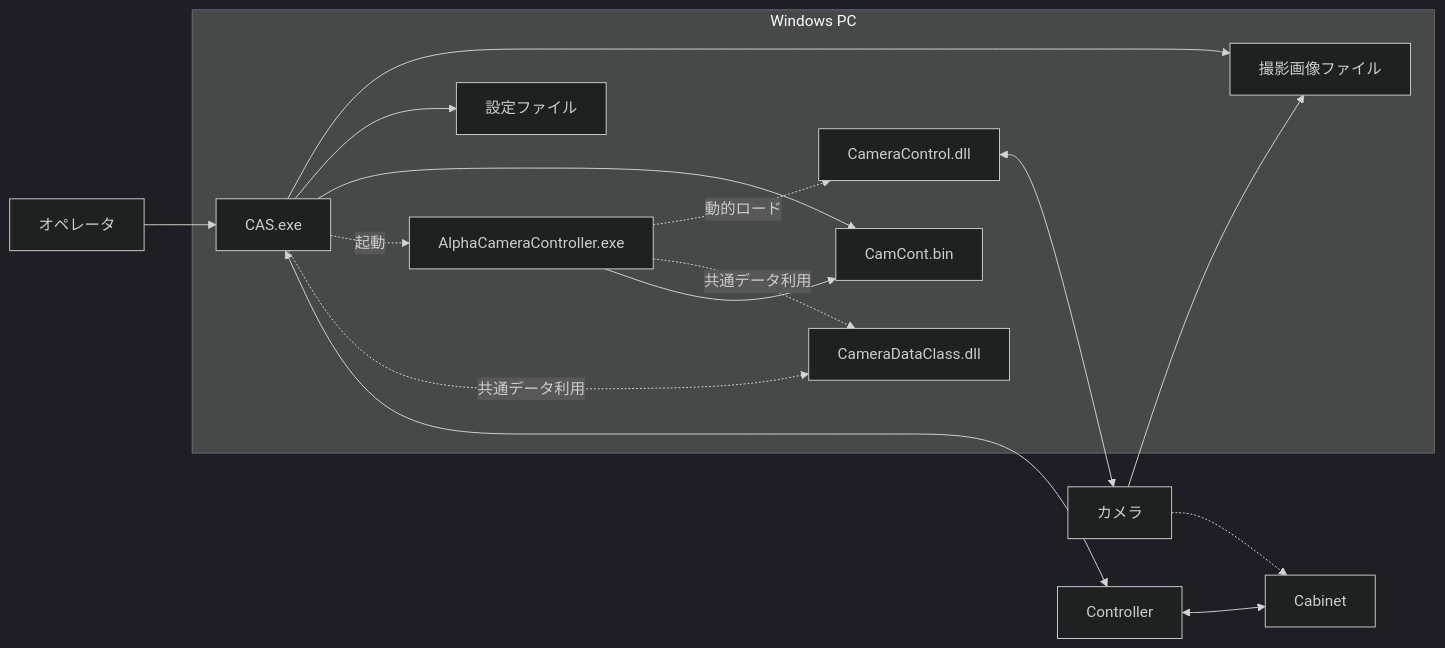
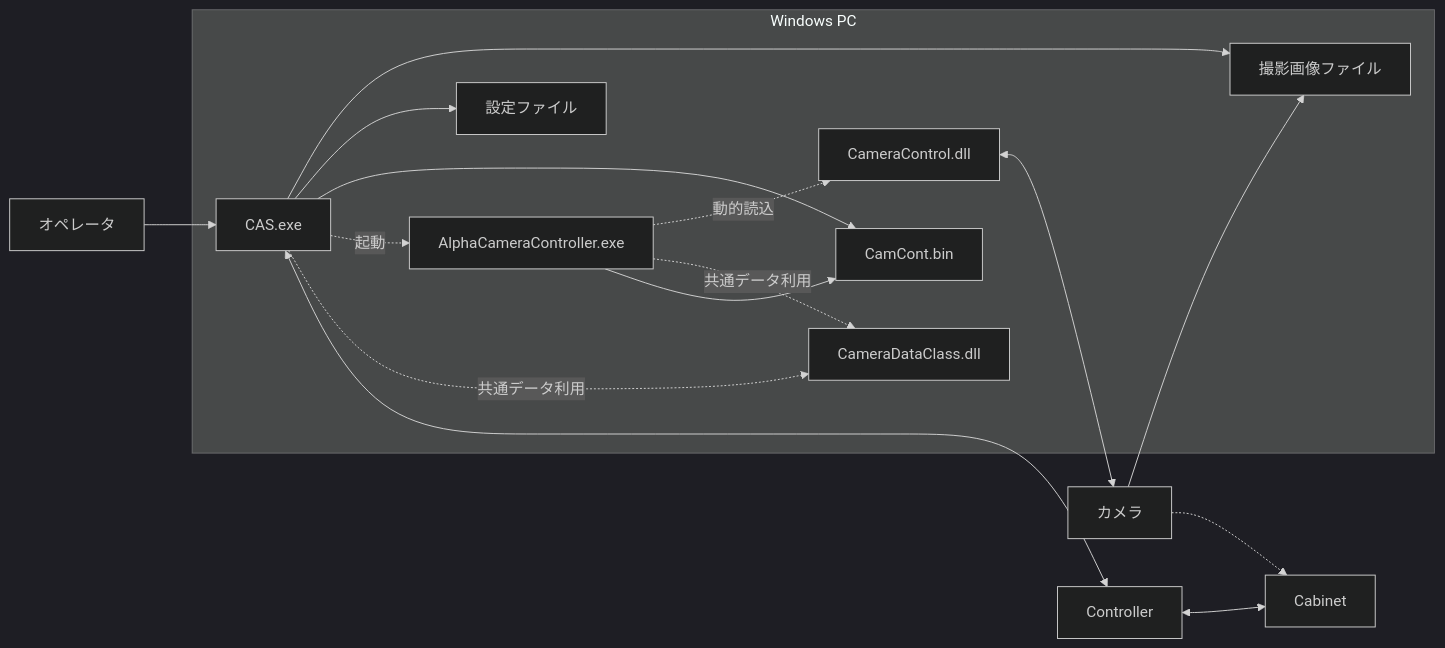
One commit to HottaTakayuki/ColorAlignmentSoftware changed the first of 5 diagrams in docs/01-01.カメラCAS/カメラCAS_基本設計書.md. Above: the diagram before and after it, drawn with Mermaid (dark theme). The commit also changed other lines of this file and 69 other files, not shown here.

````diff
--- a/docs/01-01.カメラCAS/カメラCAS_基本設計書.md
+++ b/docs/01-01.カメラCAS/カメラCAS_基本設計書.md
@@ -32,19 +32,19 @@
 ```mermaid
 flowchart LR
     Operator["オペレータ"] --> CAS["CAS.exe"]
     subgraph PC["Windows PC"]
         CAS --> ImageFiles["撮影画像ファイル"]
         CAS --> SettingFiles["設定ファイル"]
         CAS --> CamCtlFile["CamCont.bin"]
         CAS -. 起動.-> Alpha["AlphaCameraController.exe"]
-        Alpha -. 動的ロード.-> CamLib["CameraControl.dll"]
+        Alpha -. 動的読込.-> CamLib["CameraControl.dll"]
         CAS -. 共通データ利用 .-> DataLib["CameraDataClass.dll"]
         Alpha -. 共通データ利用 .-> DataLib
         Alpha --> CamCtlFile 
     end
     CAS <--> Controller["Controller"]
     Controller <--> Cabinet["Cabinet"]
     CamLib <--> Camera["カメラ"]
     Camera --> ImageFiles
     Camera -.-> Cabinet
 ```
````
